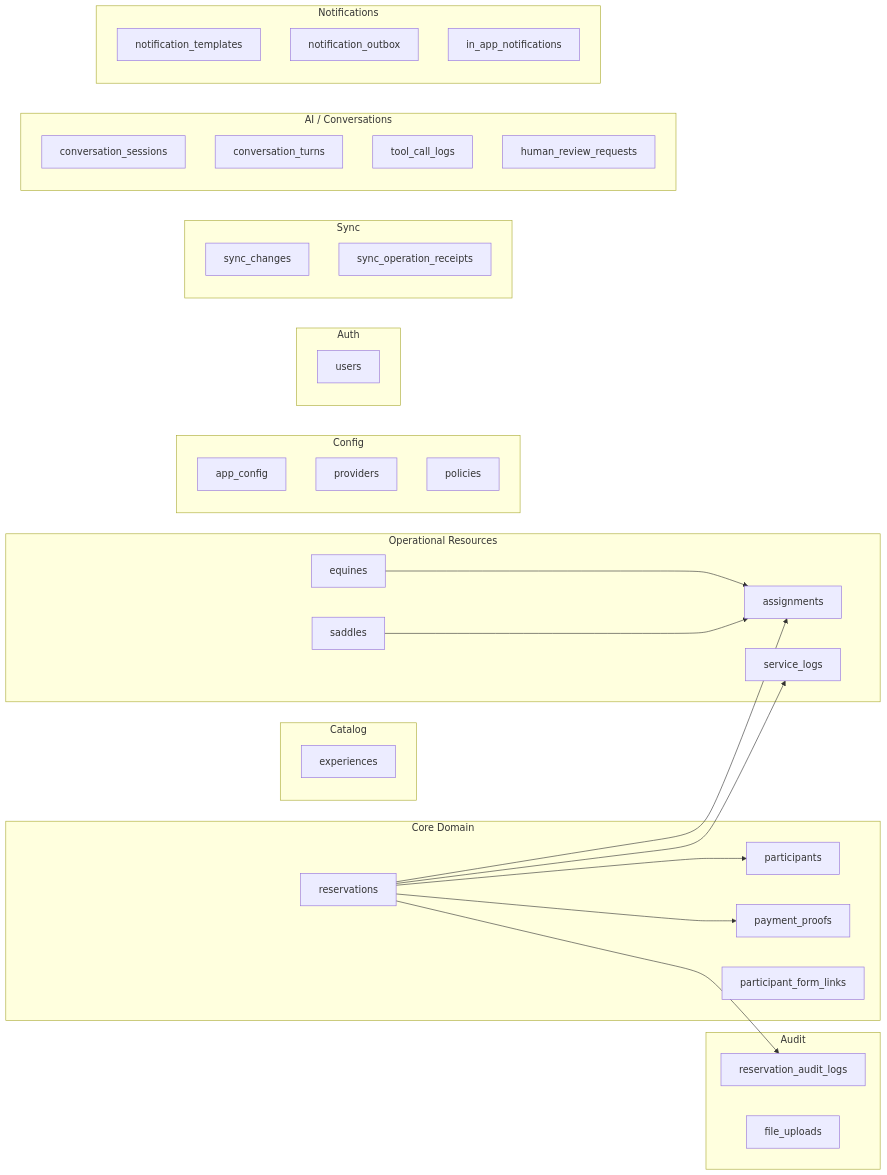
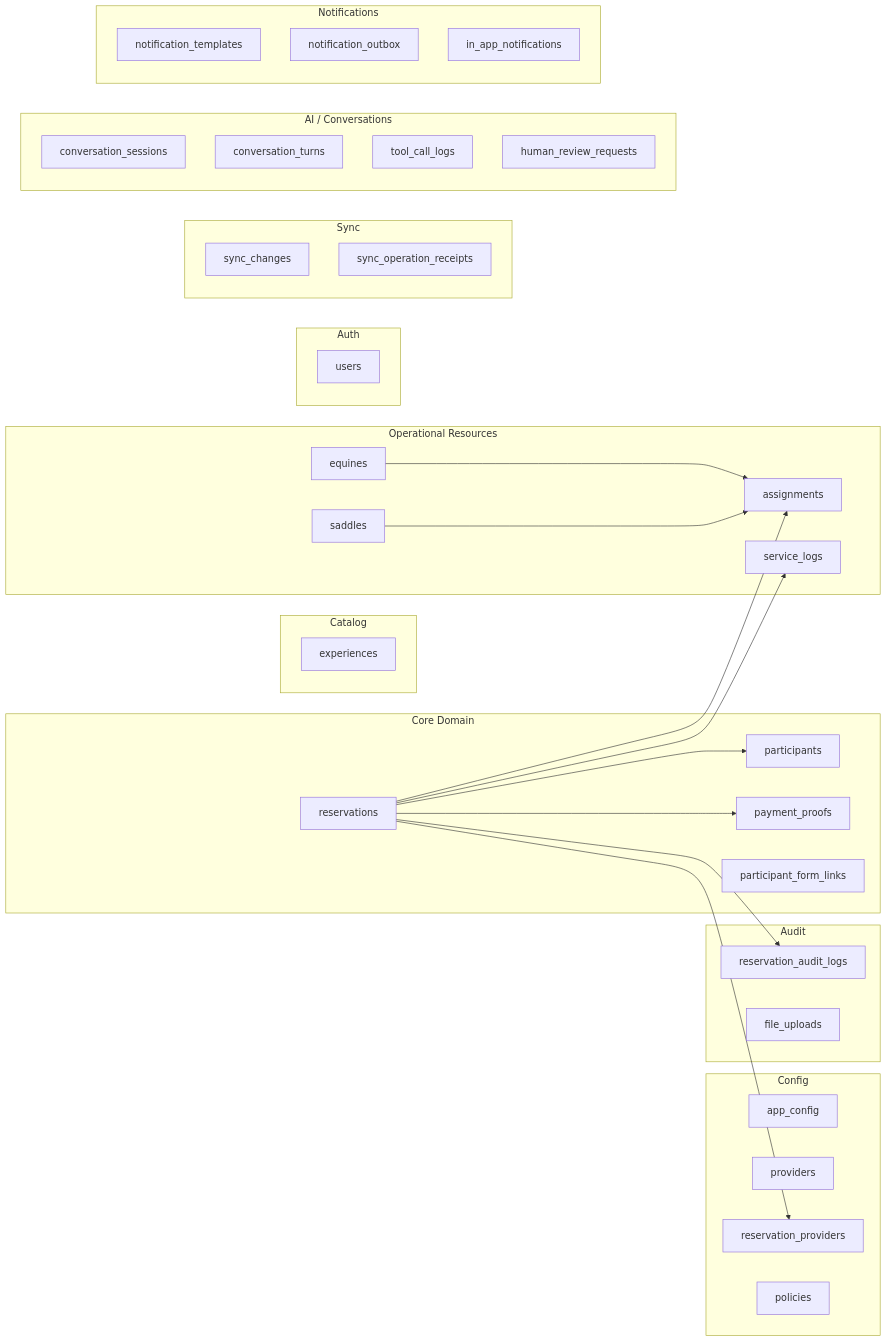
One commit to tumbergia/lajuana changed the diagram in docs/architecture/DATABASE.md. Above: the diagram before and after it, drawn with Mermaid. The commit also changed other lines of this file and 131 other files, not shown here.

````diff
--- a/docs/architecture/DATABASE.md
+++ b/docs/architecture/DATABASE.md
@@ -7,61 +7,63 @@
 ```mermaid
 flowchart LR
   subgraph Core["Core Domain"]
     R["reservations"]
     P["participants"]
     PP["payment_proofs"]
     PL["participant_form_links"]
   end
 
   subgraph Catalog["Catalog"]
     E["experiences"]
   end
 
   subgraph Resources["Operational Resources"]
     EQ["equines"]
     SA["saddles"]
     A["assignments"]
     SL["service_logs"]
   end
 
   subgraph Config["Config"]
     AC["app_config"]
     PR["providers"]
+    RP["reservation_providers"]
     PO["policies"]
   end
 
   subgraph Auth["Auth"]
     U["users"]
   end
 
   subgraph Sync["Sync"]
     SC["sync_changes"]
     SR["sync_operation_receipts"]
   end
 
   subgraph AI["AI / Conversations"]
     CS["conversation_sessions"]
     CT["conversation_turns"]
     TCL["tool_call_logs"]
     HBR["human_review_requests"]
   end
 
   subgraph Notifications["Notifications"]
     NT["notification_templates"]
     NO["notification_outbox"]
     IAN["in_app_notifications"]
   end
 
   subgraph Audit["Audit"]
     RAL["reservation_audit_logs"]
     FU["file_uploads"]
   end
 
   R --> P
   R --> PP
+  R --> RP
   R --> SL
   R --> A
   R --> RAL
   EQ --> A
   SA --> A
 ```
````
